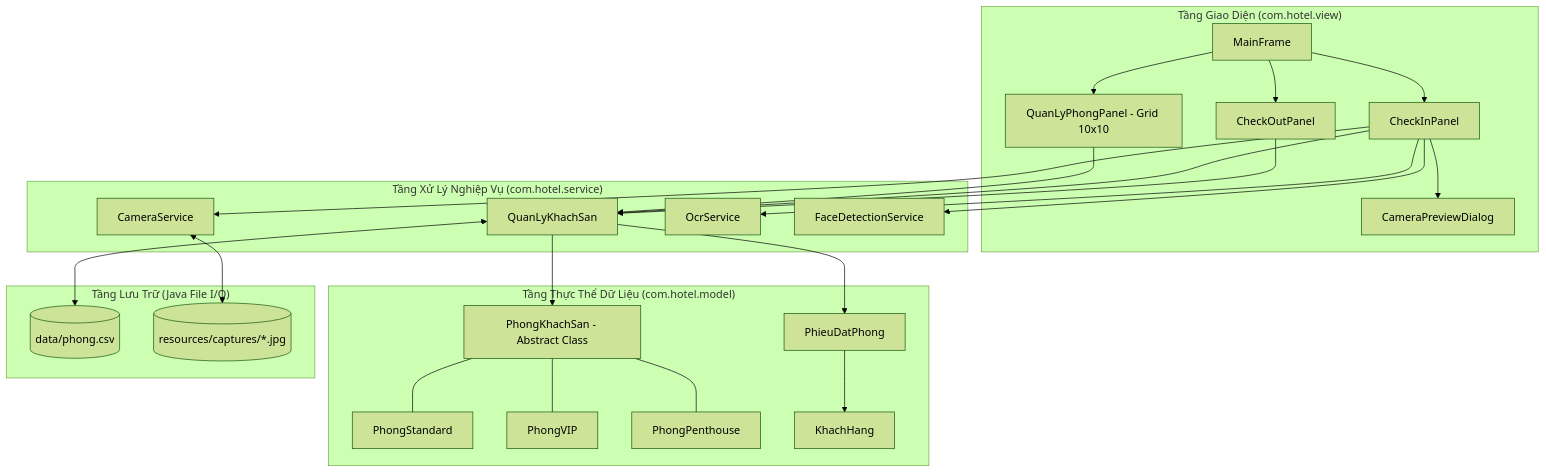
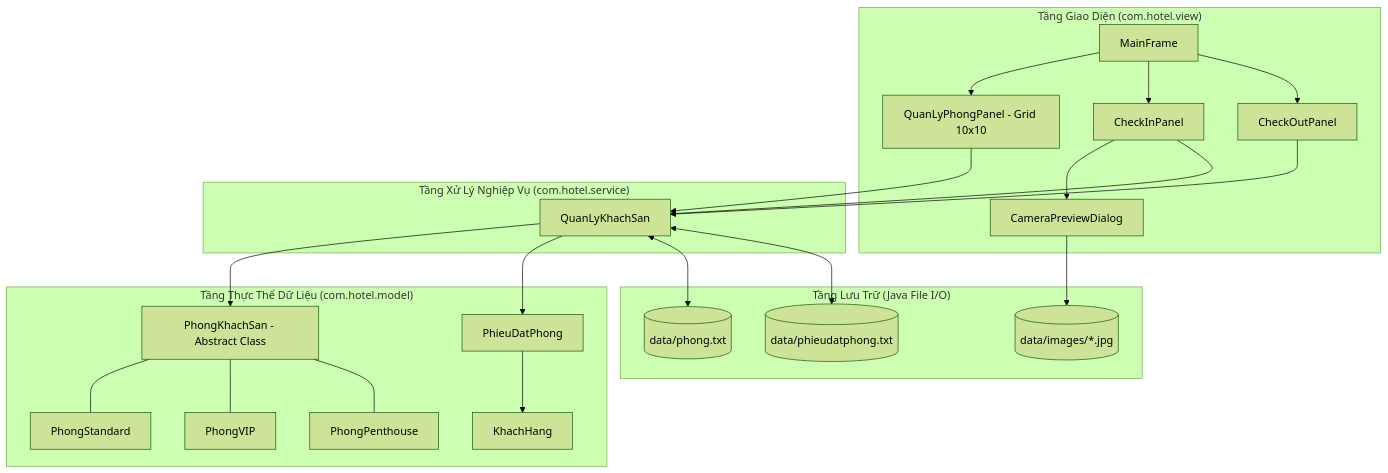
The diagram in docs/diagrams/architecture.mmd (NNTTuan/HotelBookingSystem), drawn with Mermaid (forest theme) before and after one commit. The commit also changed 9 other files, not shown here.

```diff
--- a/docs/diagrams/architecture.mmd
+++ b/docs/diagrams/architecture.mmd
@@ -1,53 +1,49 @@
 flowchart TD
     subgraph ViewLayer ["Tầng Giao Diện (com.hotel.view)"]
         MF["MainFrame"]
         QLP["QuanLyPhongPanel - Grid 10x10"]
         CIP["CheckInPanel"]
         COP["CheckOutPanel"]
         CAM_DLG["CameraPreviewDialog"]
     end
 
     subgraph ServiceLayer ["Tầng Xử Lý Nghiệp Vụ (com.hotel.service)"]
         QLKS["QuanLyKhachSan"]
-        CAMS["CameraService"]
-        OCR["OcrService"]
-        FD["FaceDetectionService"]
     end
 
     subgraph ModelLayer ["Tầng Thực Thể Dữ Liệu (com.hotel.model)"]
         PKS["PhongKhachSan - Abstract Class"]
         STD["PhongStandard"]
         VIP["PhongVIP"]
         PNT["PhongPenthouse"]
         KH["KhachHang"]
         PDP["PhieuDatPhong"]
     end
 
     subgraph StorageLayer ["Tầng Lưu Trữ (Java File I/O)"]
-        CSV_FILE[("data/phong.csv")]
-        CAP_FOLDER[("resources/captures/*.jpg")]
+        TXT_PHONG[("data/phong.txt")]
+        TXT_PHIEU[("data/phieudatphong.txt")]
+        IMG_FOLDER[("data/images/*.jpg")]
     end
 
     MF --> QLP
     MF --> CIP
     MF --> COP
 
     CIP --> CAM_DLG
-    CIP --> CAMS
-    CIP --> OCR
-    CIP --> FD
 
     QLP --> QLKS
     CIP --> QLKS
     COP --> QLKS
 
     QLKS --> PKS
     QLKS --> PDP
     PDP --> KH
 
     PKS --- STD
     PKS --- VIP
     PKS --- PNT
 
-    QLKS <--> CSV_FILE
-    CAMS <--> CAP_FOLDER
+    QLKS <--> TXT_PHONG
+    QLKS <--> TXT_PHIEU
+    CAM_DLG --> IMG_FOLDER
```
